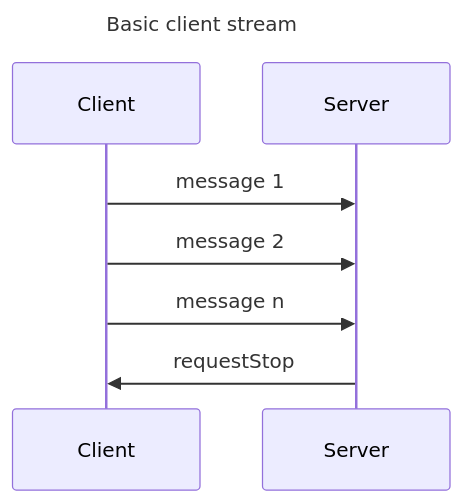
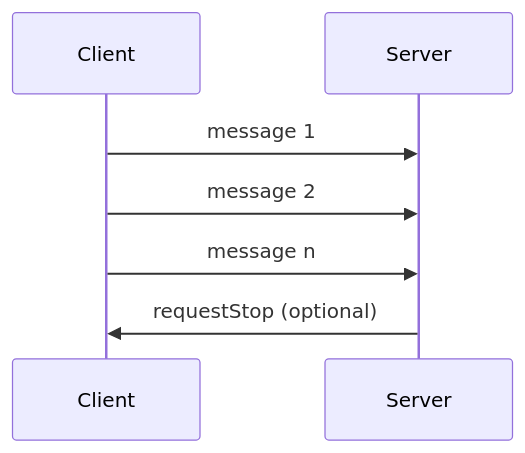
One commit to tzijnge/LotusRpc changed the first of 3 diagrams in docs/getting_started.md. Above: the diagram before and after it, drawn with Mermaid. The commit also changed other lines of this file and 37 other files, not shown here.

````diff
--- a/docs/getting_started.md
+++ b/docs/getting_started.md
@@ -74,9 +207,7 @@
 ``` mermaid
 sequenceDiagram
-    title: Basic client stream
-
     Client ->> Server: message 1
     Client ->> Server: message 2
     Client ->> Server: message n
-    Server ->> Client: requestStop
+    Server ->> Client: requestStop (optional)
 ```
````
